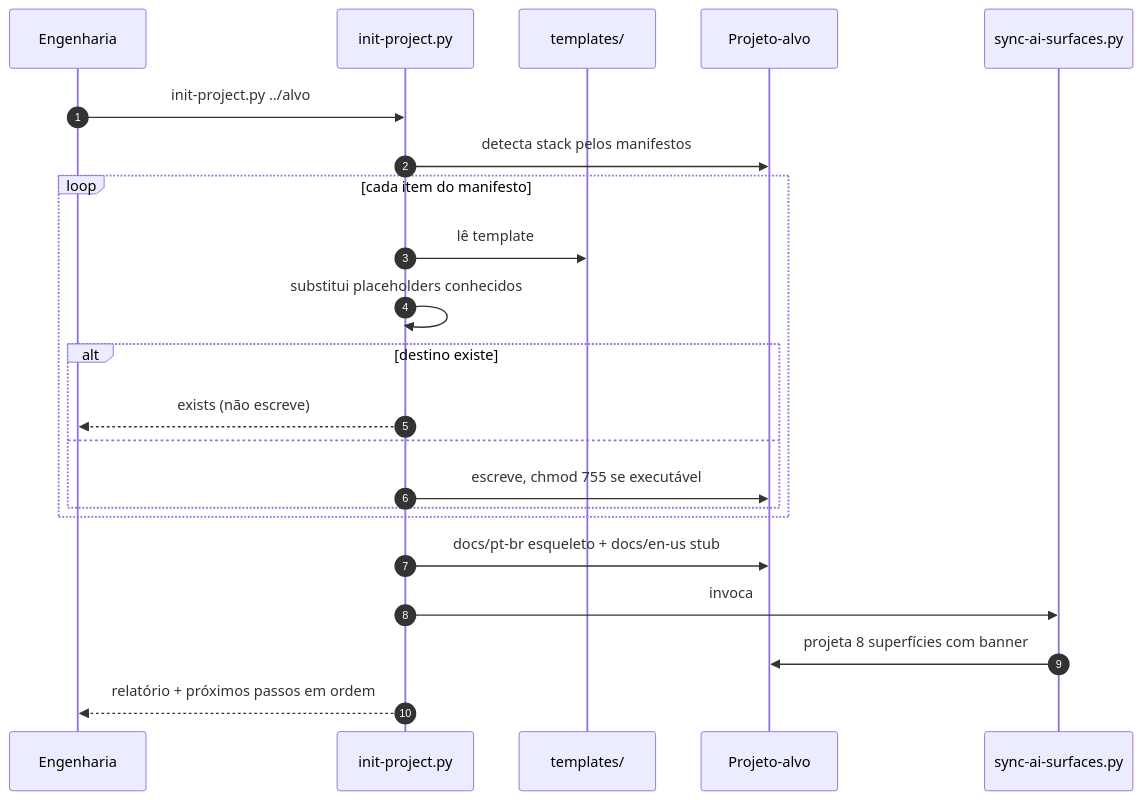
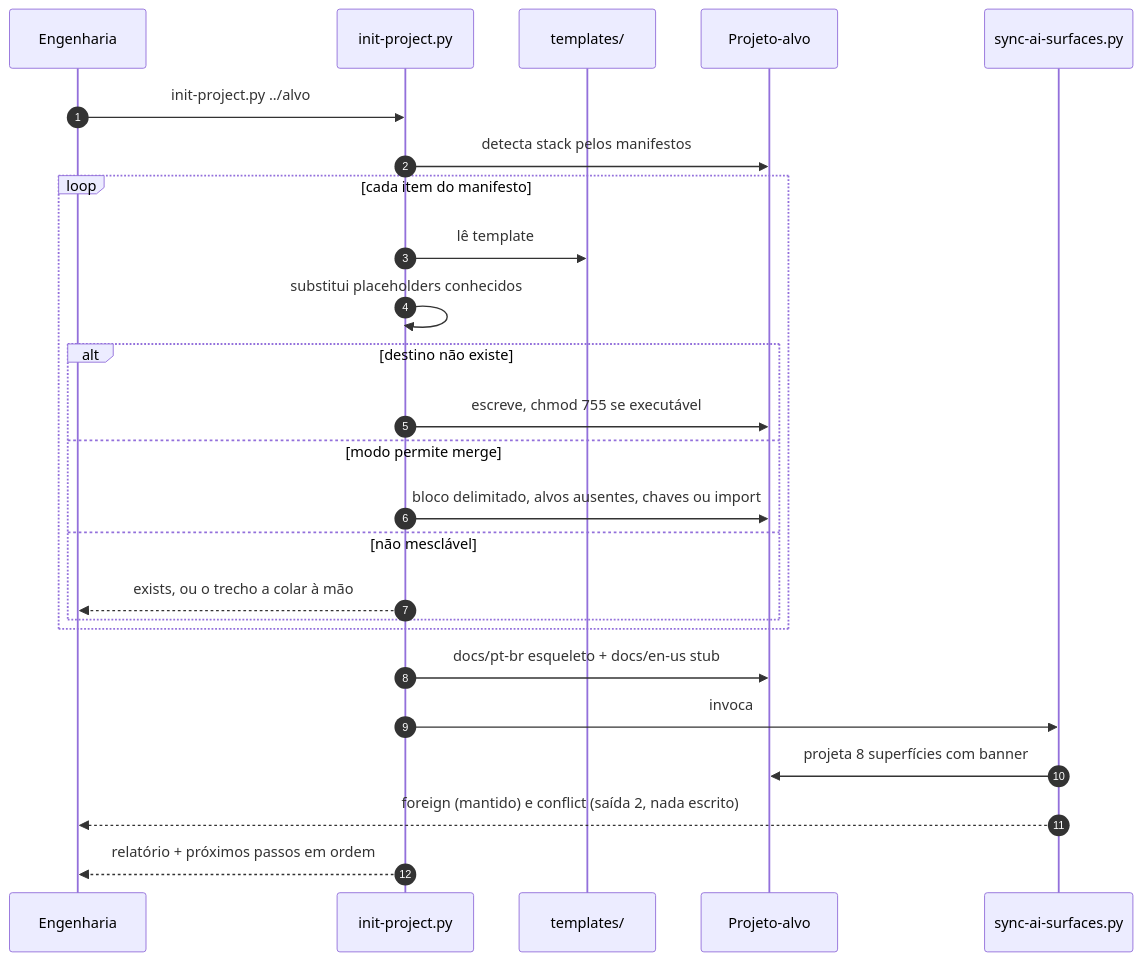
One commit to dougmotshell/harness-bootstrap changed the diagram in docs/pt-br/specs/bootstrap-de-projetos.md. Above: the diagram before and after it, drawn with Mermaid. The commit also changed other lines of this file and 3 other files, not shown here.

````diff
--- a/docs/pt-br/specs/bootstrap-de-projetos.md
+++ b/docs/pt-br/specs/bootstrap-de-projetos.md
@@ -53,25 +61,28 @@
 ```mermaid
 sequenceDiagram
     autonumber
     participant Dev as Engenharia
     participant Init as init-project.py
     participant Tpl as templates/
     participant Tgt as Projeto-alvo
     participant Gen as sync-ai-surfaces.py
 
     Dev->>Init: init-project.py ../alvo
     Init->>Tgt: detecta stack pelos manifestos
     loop cada item do manifesto
         Init->>Tpl: lê template
         Init->>Init: substitui placeholders conhecidos
-        alt destino existe
-            Init-->>Dev: exists (não escreve)
-        else
+        alt destino não existe
             Init->>Tgt: escreve, chmod 755 se executável
+        else modo permite merge
+            Init->>Tgt: bloco delimitado, alvos ausentes, chaves ou import
+        else não mesclável
+            Init-->>Dev: exists, ou o trecho a colar à mão
         end
     end
     Init->>Tgt: docs/pt-br esqueleto + docs/en-us stub
     Init->>Gen: invoca
     Gen->>Tgt: projeta 8 superfícies com banner
+    Gen-->>Dev: foreign (mantido) e conflict (saída 2, nada escrito)
     Init-->>Dev: relatório + próximos passos em ordem
 ```
````
